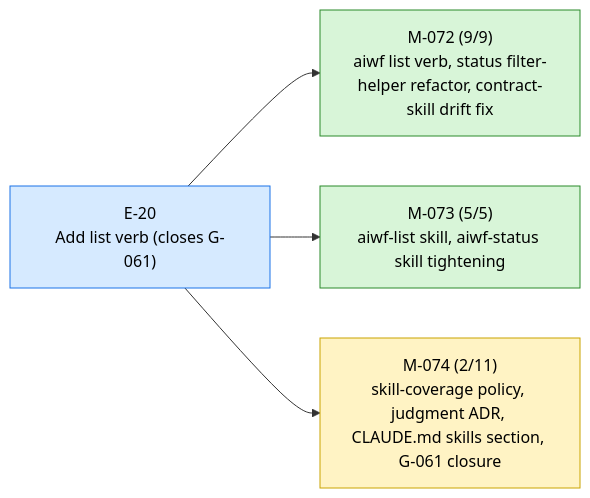
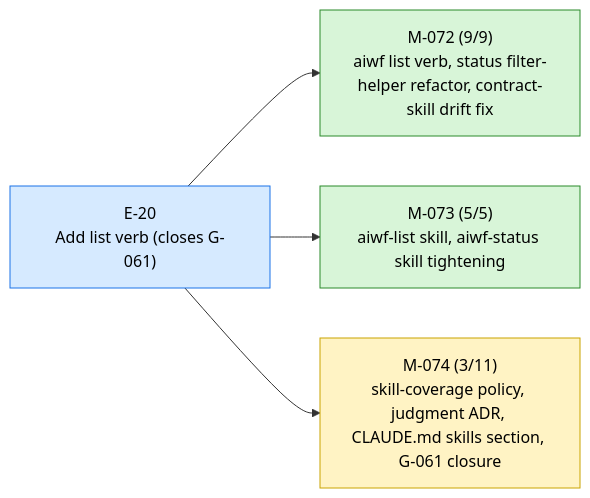
One commit to 23min/aiwf changed the first of 2 diagrams in STATUS.md. Above: the diagram before and after it, drawn with Mermaid. The commit also changed other lines of this file and 1 other file, not shown here.

````diff
--- a/STATUS.md
+++ b/STATUS.md
@@ -13,16 +13,16 @@
 ```mermaid
 flowchart LR
   E_20["E-20<br/>Add list verb (closes G-061)"]:::epic_active
   M_072["M-072 (9/9)<br/>aiwf list verb, status filter-helper refactor, contract-skill drift fix"]:::ms_done
   E_20 --> M_072
   M_073["M-073 (5/5)<br/>aiwf-list skill, aiwf-status skill tightening"]:::ms_done
   E_20 --> M_073
-  M_074["M-074 (2/11)<br/>skill-coverage policy, judgment ADR, CLAUDE.md skills section, G-061 closure"]:::ms_in_progress
+  M_074["M-074 (3/11)<br/>skill-coverage policy, judgment ADR, CLAUDE.md skills section, G-061 closure"]:::ms_in_progress
   E_20 --> M_074
   classDef epic_active fill:#d6eaff,stroke:#1a73e8,color:#000
   classDef epic_proposed fill:#f4f4f4,stroke:#888,color:#000
   classDef ms_done fill:#d8f5d8,stroke:#2a8a2a,color:#000
   classDef ms_in_progress fill:#fff3c4,stroke:#caa400,color:#000
   classDef ms_draft fill:#f4f4f4,stroke:#888,color:#000
   classDef ms_cancelled fill:#fbeaea,stroke:#c33,color:#000
 ```
````
